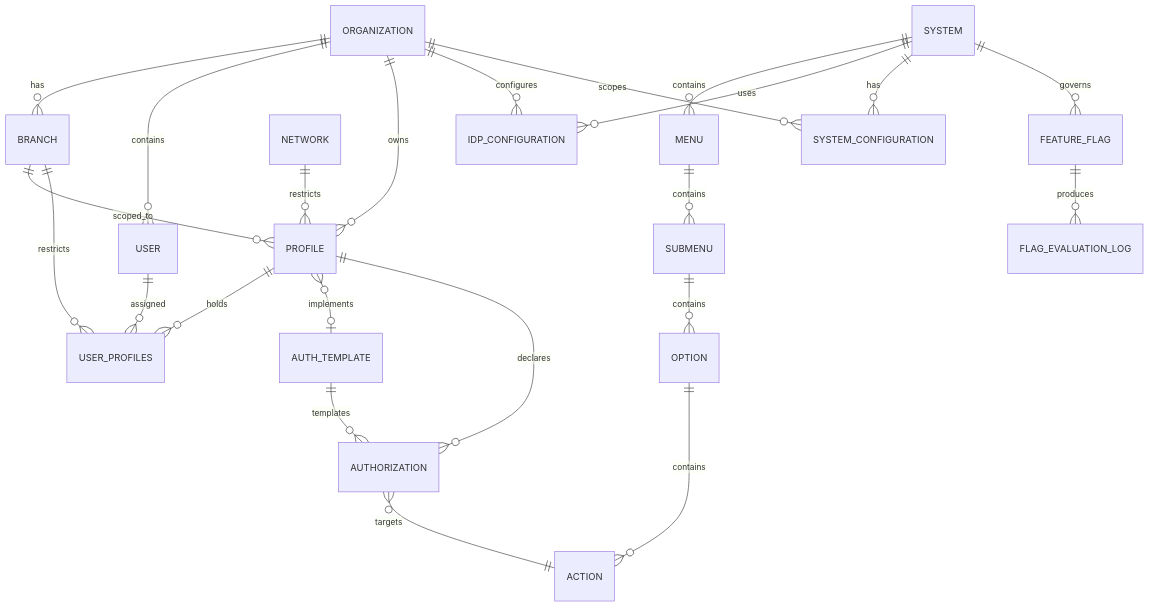
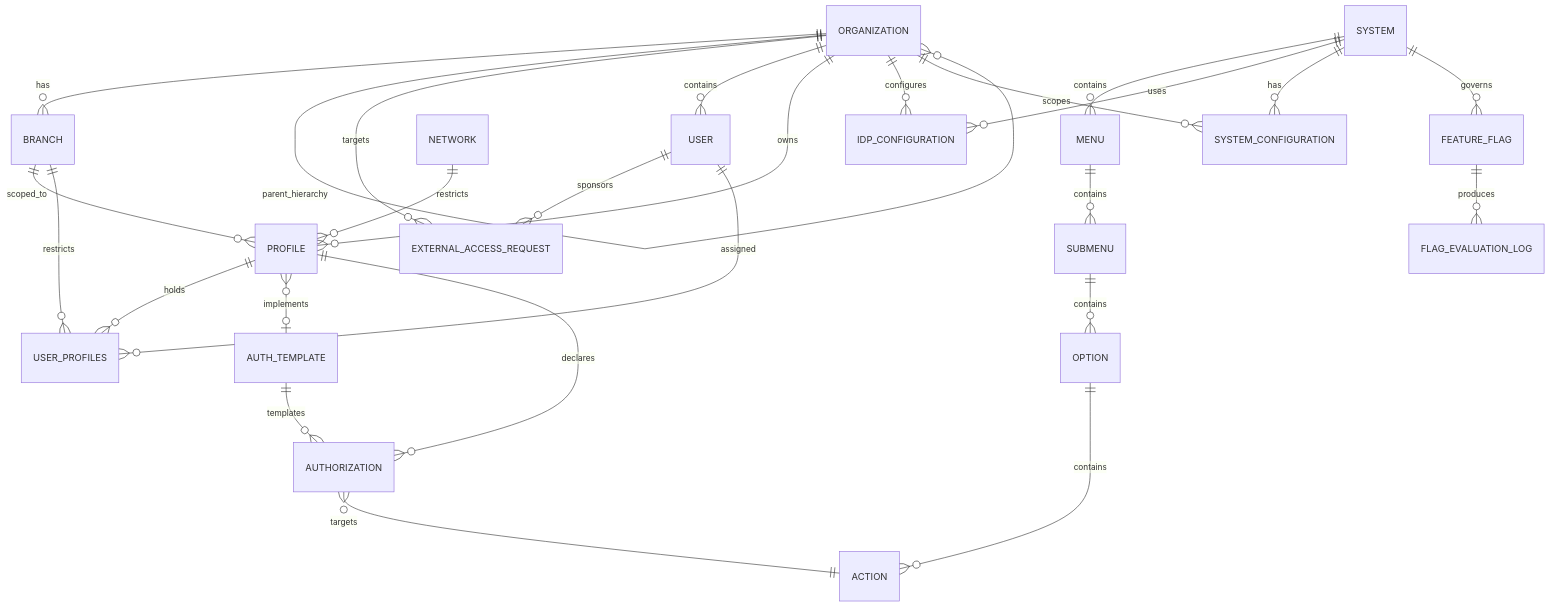
The diagram in src/ums-workspace/docs/en/01-requirements/conceptual-data-model.md (beyondnetcode/ums), drawn with Mermaid before and after one commit. The commit also changed other lines of this file and 7 other files, not shown here.

Commit message:
docs: implement functional abstraction for B2B external access requests and organization hierarchies (UC-12)

````diff
--- a/src/ums-workspace/docs/en/01-requirements/conceptual-data-model.md
+++ b/src/ums-workspace/docs/en/01-requirements/conceptual-data-model.md
@@ -9,31 +9,34 @@
 ```mermaid
 erDiagram
     ORGANIZATION ||--o{ BRANCH : has
+    ORGANIZATION ||--o{ ORGANIZATION : parent_hierarchy
+    USER ||--o{ EXTERNAL_ACCESS_REQUEST : sponsors
+    ORGANIZATION ||--o{ EXTERNAL_ACCESS_REQUEST : targets
     ORGANIZATION ||--o{ USER : contains
     ORGANIZATION ||--o{ PROFILE : owns
 
     BRANCH ||--o{ PROFILE : scoped_to
     BRANCH ||--o{ USER_PROFILES : restricts
 
     USER ||--o{ USER_PROFILES : assigned
     PROFILE ||--o{ USER_PROFILES : holds
 
     PROFILE }o--o| AUTH_TEMPLATE : implements
     PROFILE ||--o{ AUTHORIZATION : declares
     AUTH_TEMPLATE ||--o{ AUTHORIZATION : templates
 
     SYSTEM ||--o{ MENU : contains
     MENU ||--o{ SUBMENU : contains
     SUBMENU ||--o{ OPTION : contains
     OPTION ||--o{ ACTION : contains
 
     AUTHORIZATION }o--|| ACTION : targets
     NETWORK ||--o{ PROFILE : restricts
 
     SYSTEM ||--o{ IDP_CONFIGURATION : uses
     ORGANIZATION ||--o{ IDP_CONFIGURATION : configures
     SYSTEM ||--o{ SYSTEM_CONFIGURATION : has
     ORGANIZATION ||--o{ SYSTEM_CONFIGURATION : scopes
     SYSTEM ||--o{ FEATURE_FLAG : governs
     FEATURE_FLAG ||--o{ FLAG_EVALUATION_LOG : produces
 ```
````
